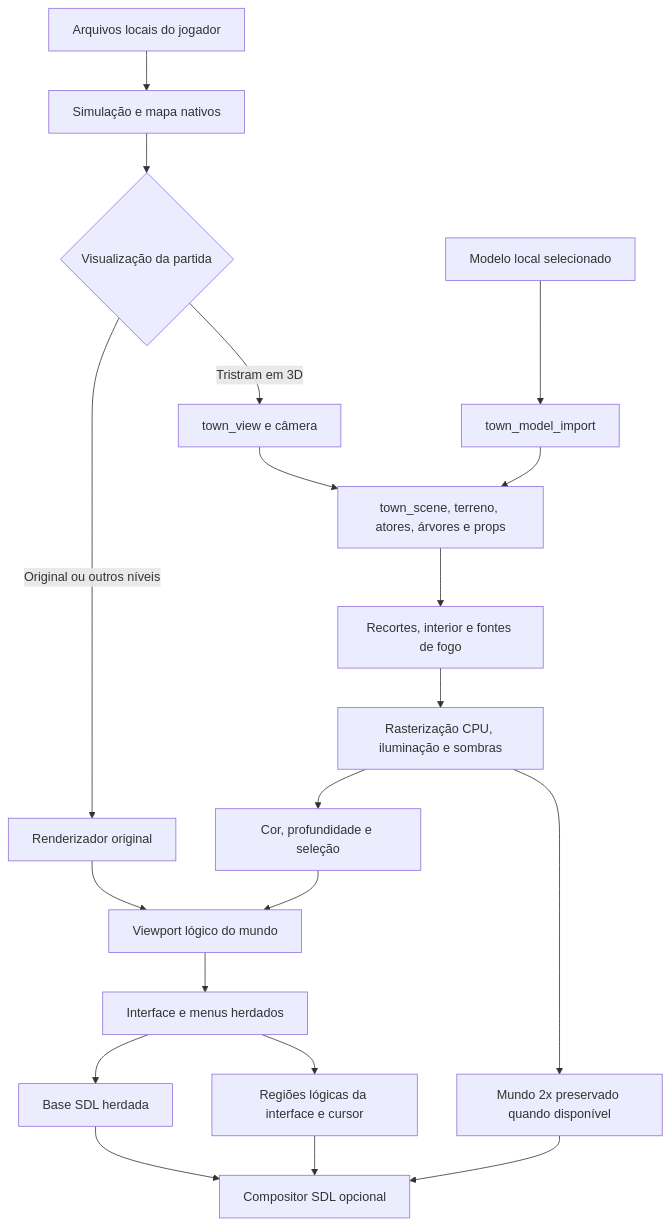
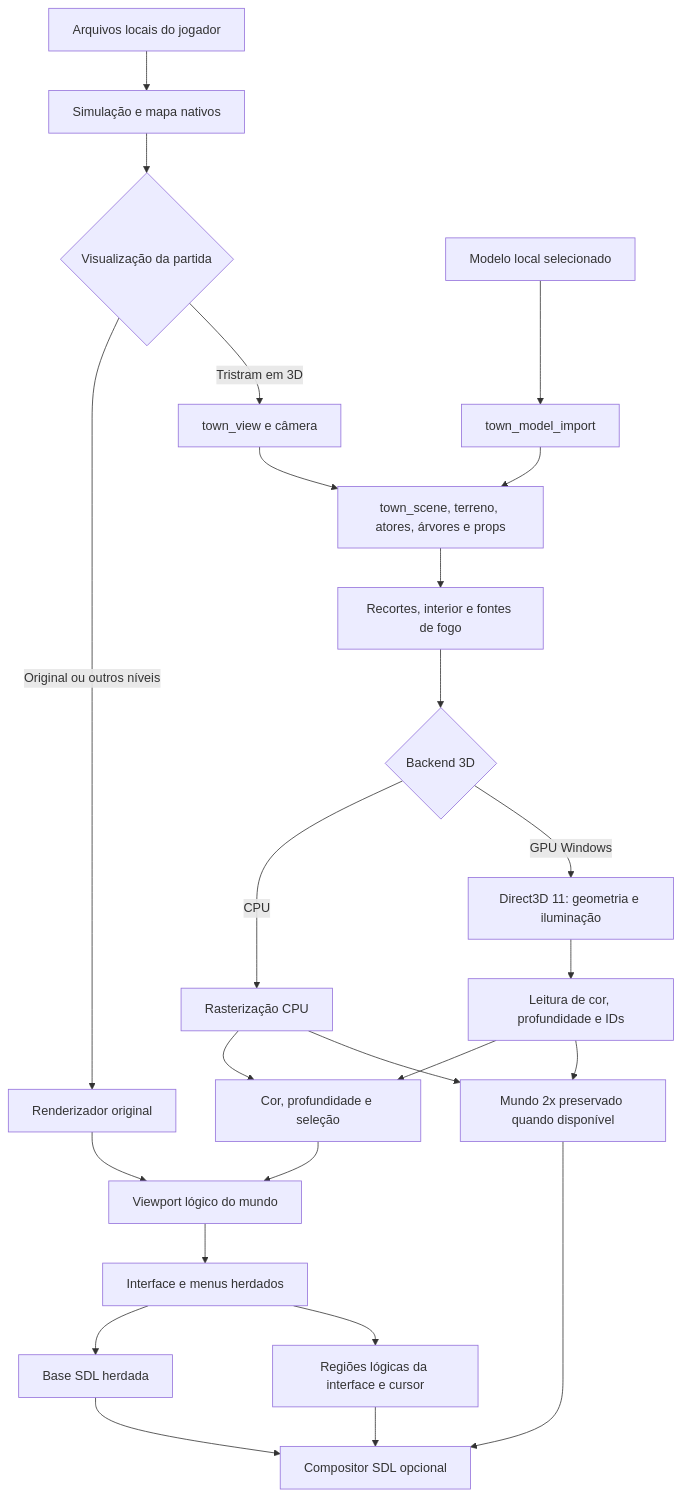
Before and after one commit to douglasopan/diablo-3d: the first of 4 diagrams in docs/PROJECT-EXECUTION.md, drawn with Mermaid. The commit also changed other lines of this file and 19 other files, not shown here.

````diff
--- a/docs/PROJECT-EXECUTION.md
+++ b/docs/PROJECT-EXECUTION.md
@@ -42,22 +45,27 @@
 ```mermaid
 flowchart TD
     Data[Arquivos locais do jogador] --> Native[Simulação e mapa nativos]
     Native --> Choice{Visualização da partida}
     Choice -->|Original ou outros níveis| Original[Renderizador original]
     Choice -->|Tristram em 3D| View[town_view e câmera]
     View --> Scene[town_scene, terreno, atores, árvores e props]
     Local[Modelo local selecionado] --> Import[town_model_import]
     Import --> Scene
     Scene --> Openings[Recortes, interior e fontes de fogo]
-    Openings --> Raster[Rasterização CPU, iluminação e sombras]
+    Openings --> Backend{Backend 3D}
+    Backend -->|CPU| Raster[Rasterização CPU]
+    Backend -->|GPU Windows| GPU[Direct3D 11: geometria e iluminação]
+    GPU --> Readback[Leitura de cor, profundidade e IDs]
+    Readback --> Resolve
+    Readback --> HighRes
     Raster --> Resolve[Cor, profundidade e seleção]
     Raster --> HighRes[Mundo 2x preservado quando disponível]
     Resolve --> World[Viewport lógico do mundo]
     Original --> World
     World --> UI[Interface e menus herdados]
     UI --> SDL[Base SDL herdada]
     UI --> Regions[Regiões lógicas da interface e cursor]
     HighRes --> Layers[Compositor SDL opcional]
     Regions --> Layers
     SDL --> Layers
 ```
````
